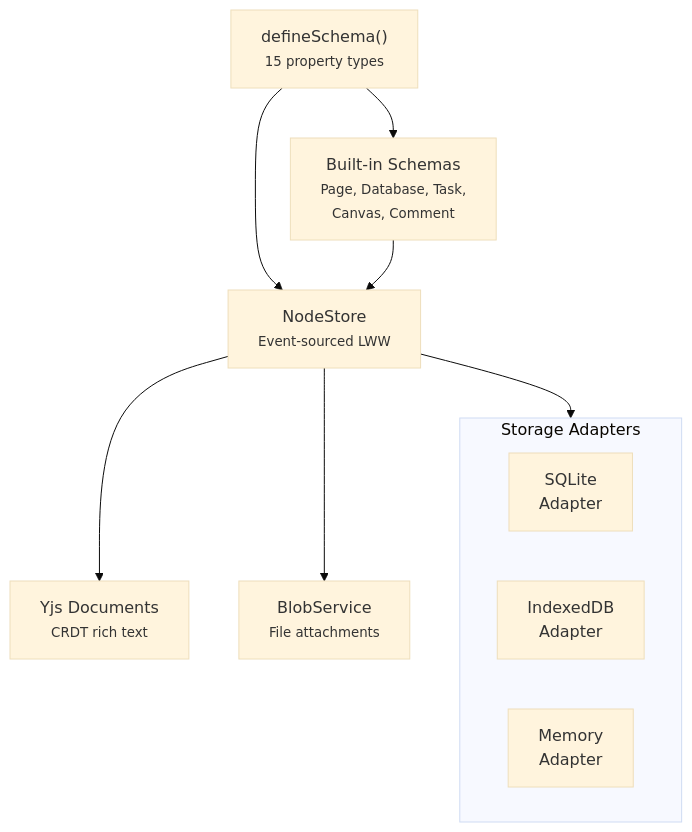
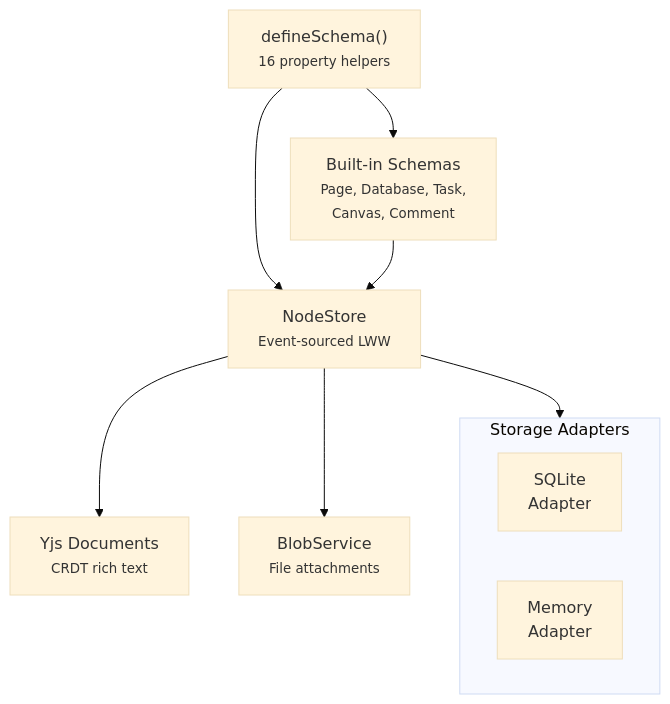
The diagram in packages/data/README.md (crs48/xNet), drawn with Mermaid (base theme) before and after one commit. The commit also changed other lines of this file and 14 other files, not shown here.

````diff
--- a/packages/data/README.md
+++ b/packages/data/README.md
@@ -124,22 +125,21 @@
 ```mermaid
 flowchart TD
-    Schema["defineSchema()<br/><small>15 property types</small>"]
+    Schema["defineSchema()<br/><small>16 property helpers</small>"]
     Store["NodeStore<br/><small>Event-sourced LWW</small>"]
     Doc["Yjs Documents<br/><small>CRDT rich text</small>"]
     Blob["BlobService<br/><small>File attachments</small>"]
     Builtin["Built-in Schemas<br/><small>Page, Database, Task,<br/>Canvas, Comment</small>"]
 
     Schema --> Store
     Schema --> Builtin
     Store --> Doc
     Store --> Blob
     Builtin --> Store
 
     subgraph Adapters["Storage Adapters"]
         SQLite["SQLite<br/>Adapter"]
-        IDB["IndexedDB<br/>Adapter"]
         Mem["Memory<br/>Adapter"]
     end
 
     Store --> Adapters
 ```
````
